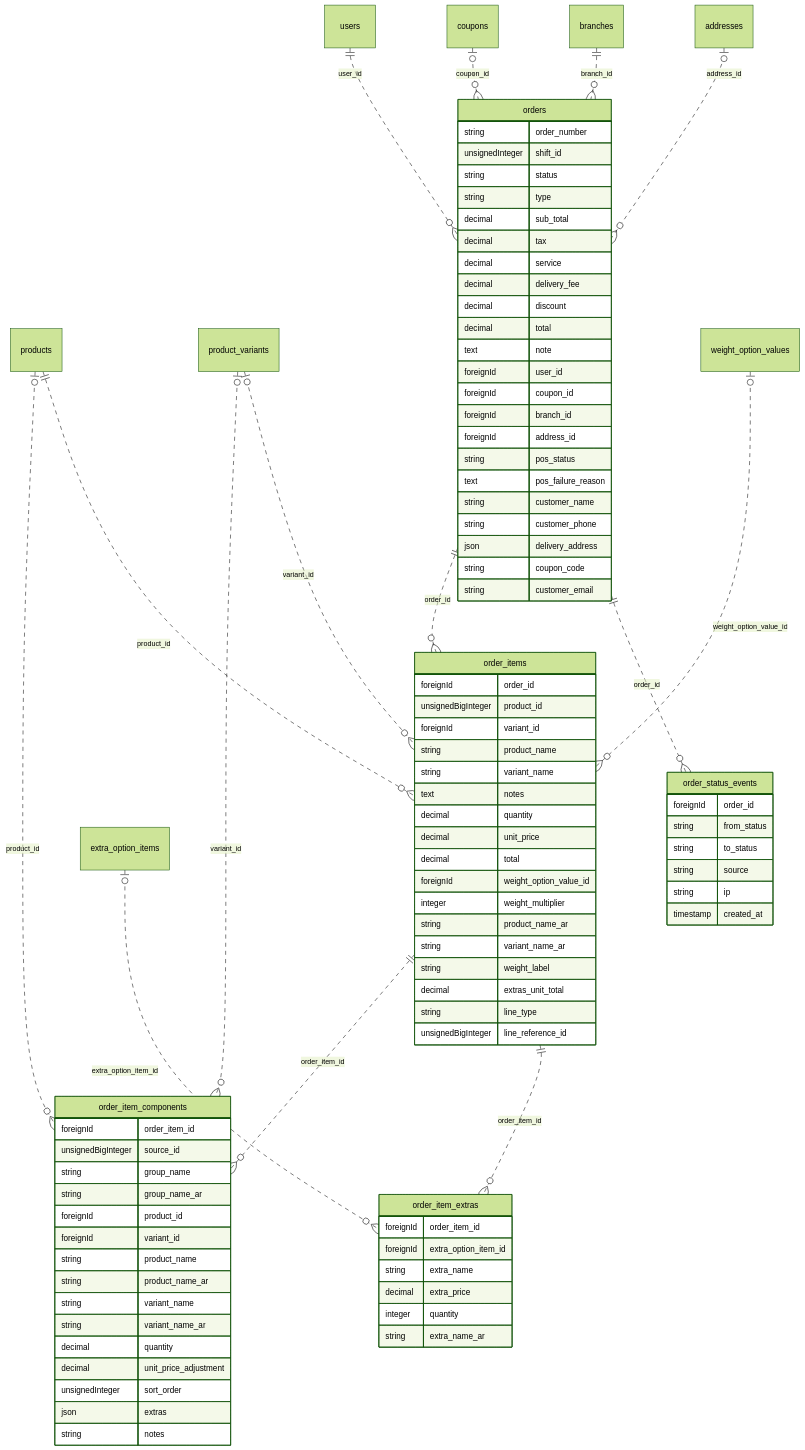
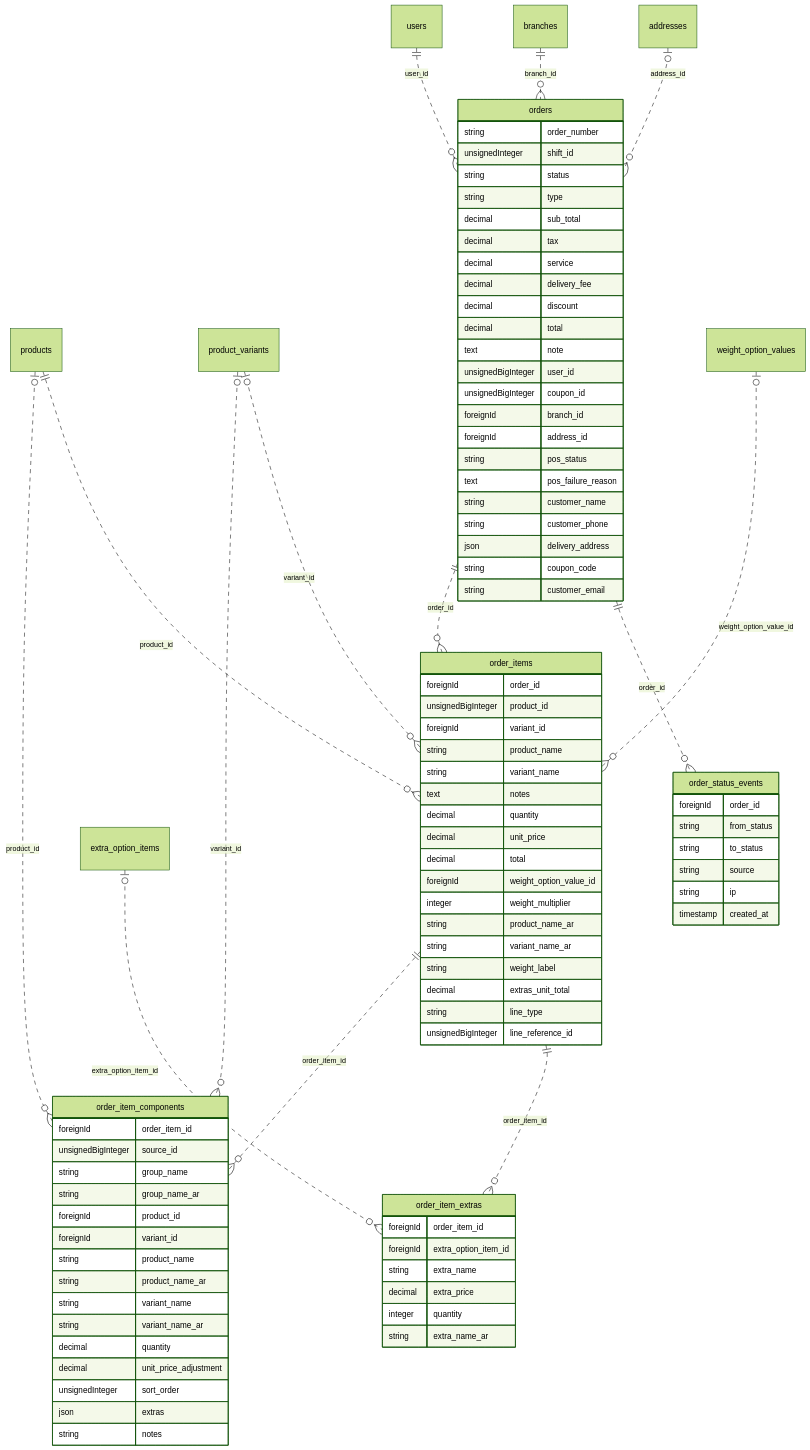
One commit to habibGamal/turbo_tenant changed the diagram in docs/engineering-atlas/diagrams/schema-tenant-ordermanagement.mmd. Above: the diagram before and after it, drawn with Mermaid (forest theme). The commit also changed 131 other files, not shown here.

```diff
--- a/docs/engineering-atlas/diagrams/schema-tenant-ordermanagement.mmd
+++ b/docs/engineering-atlas/diagrams/schema-tenant-ordermanagement.mmd
@@ -1,105 +1,103 @@
 erDiagram
   na473e3f5c927["order_item_components"] {
     foreignId order_item_id
     unsignedBigInteger source_id
     string group_name
     string group_name_ar
     foreignId product_id
     foreignId variant_id
     string product_name
     string product_name_ar
     string variant_name
     string variant_name_ar
     decimal quantity
     decimal unit_price_adjustment
     unsignedInteger sort_order
     json extras
     string notes
   }
   nb84ef221a87a["order_items"]
   nb84ef221a87a ||..o{ na473e3f5c927 : "order_item_id"
   n12d52f1ad2fe["products"]
   n12d52f1ad2fe |o..o{ na473e3f5c927 : "product_id"
   n7112e8f7884a["product_variants"]
   n7112e8f7884a |o..o{ na473e3f5c927 : "variant_id"
   n80ce89ba2dd1["order_item_extras"] {
     foreignId order_item_id
     foreignId extra_option_item_id
     string extra_name
     decimal extra_price
     integer quantity
     string extra_name_ar
   }
   nb84ef221a87a["order_items"]
   nb84ef221a87a ||..o{ n80ce89ba2dd1 : "order_item_id"
   n5bd7fa5bd2cd["extra_option_items"]
   n5bd7fa5bd2cd |o..o{ n80ce89ba2dd1 : "extra_option_item_id"
   nb84ef221a87a["order_items"] {
     foreignId order_id
     unsignedBigInteger product_id
     foreignId variant_id
     string product_name
     string variant_name
     text notes
     decimal quantity
     decimal unit_price
     decimal total
     foreignId weight_option_value_id
     integer weight_multiplier
     string product_name_ar
     string variant_name_ar
     string weight_label
     decimal extras_unit_total
     string line_type
     unsignedBigInteger line_reference_id
   }
   n0c3b5ea58ff8["orders"]
   n0c3b5ea58ff8 ||..o{ nb84ef221a87a : "order_id"
   n12d52f1ad2fe["products"]
   n12d52f1ad2fe ||..o{ nb84ef221a87a : "product_id"
   n7112e8f7884a["product_variants"]
   n7112e8f7884a |o..o{ nb84ef221a87a : "variant_id"
   n4815cfc32520["weight_option_values"]
   n4815cfc32520 |o..o{ nb84ef221a87a : "weight_option_value_id"
   nc8ee05f6cfa4["order_status_events"] {
     foreignId order_id
     string from_status
     string to_status
     string source
     string ip
     timestamp created_at
   }
   n0c3b5ea58ff8["orders"]
   n0c3b5ea58ff8 ||..o{ nc8ee05f6cfa4 : "order_id"
   n0c3b5ea58ff8["orders"] {
     string order_number
     unsignedInteger shift_id
     string status
     string type
     decimal sub_total
     decimal tax
     decimal service
     decimal delivery_fee
     decimal discount
     decimal total
     text note
-    foreignId user_id
-    foreignId coupon_id
+    unsignedBigInteger user_id
+    unsignedBigInteger coupon_id
     foreignId branch_id
     foreignId address_id
     string pos_status
     text pos_failure_reason
     string customer_name
     string customer_phone
     json delivery_address
     string coupon_code
     string customer_email
   }
   n850e6885a4ad["users"]
   n850e6885a4ad ||..o{ n0c3b5ea58ff8 : "user_id"
-  n6c2342eb06df["coupons"]
-  n6c2342eb06df |o..o{ n0c3b5ea58ff8 : "coupon_id"
   nf1e3efb0f08e["branches"]
   nf1e3efb0f08e ||..o{ n0c3b5ea58ff8 : "branch_id"
   n88cdee222611["addresses"]
   n88cdee222611 |o..o{ n0c3b5ea58ff8 : "address_id"
```
